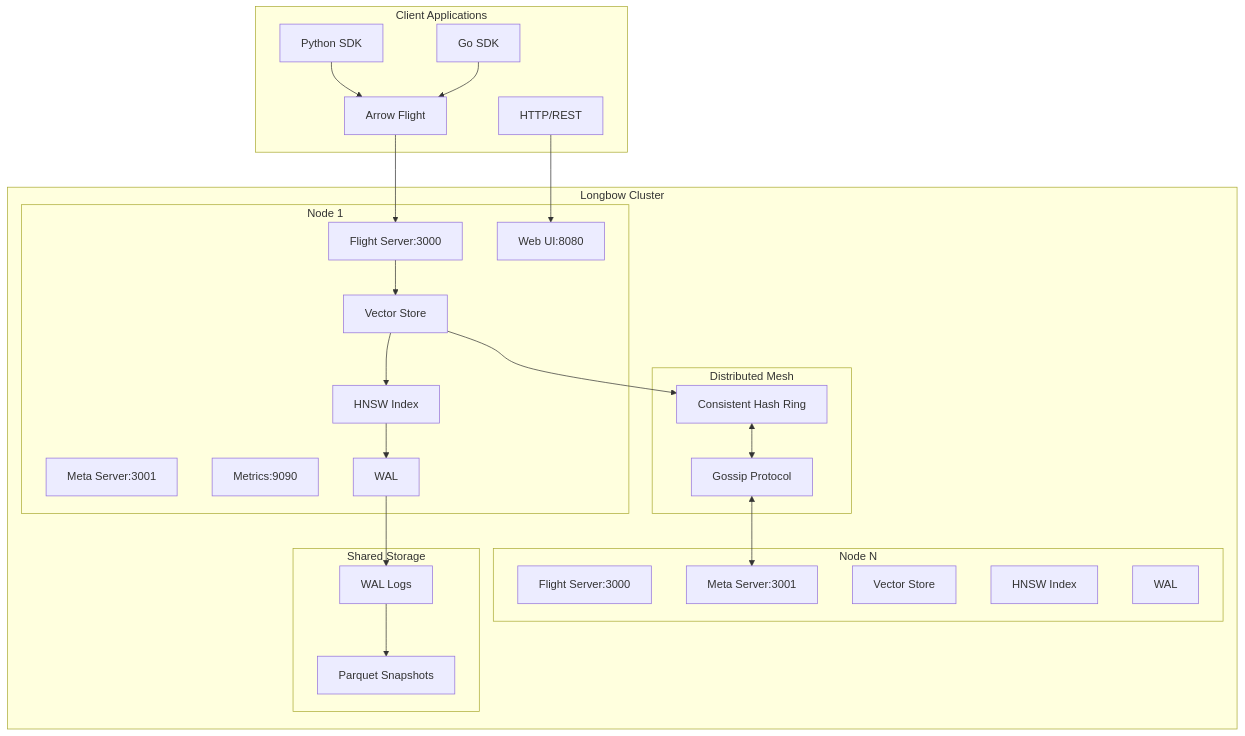
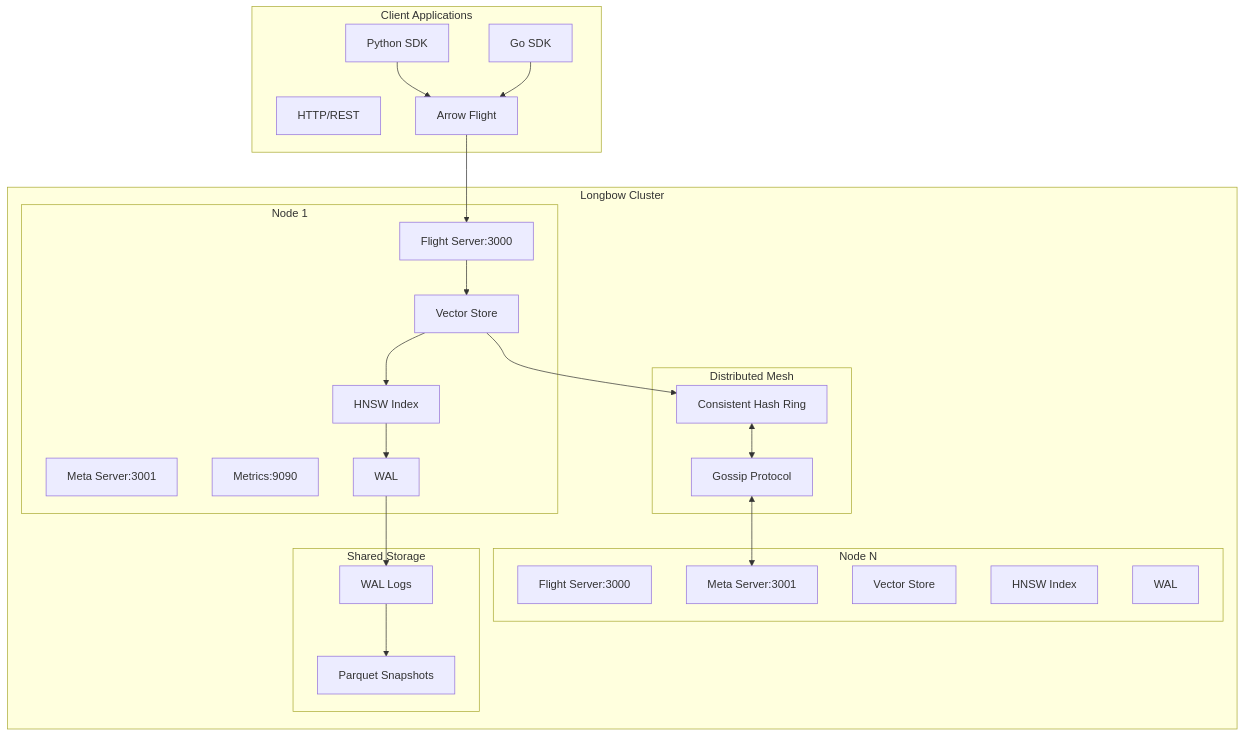
One commit to 23skdu/longbow changed the first of 8 diagrams in docs/architecture.md. Above: the diagram before and after it, drawn with Mermaid. The commit also changed 34 other files, not shown here.

````diff
--- a/docs/architecture.md
+++ b/docs/architecture.md
@@ -9,52 +9,50 @@
 ```mermaid
 graph TB
     subgraph Client["Client Applications"]
         Python["Python SDK"]
         Go["Go SDK"]
         HTTP["HTTP/REST"]
         Flight["Arrow Flight"]
     end
 
     subgraph Longbow["Longbow Cluster"]
         subgraph Node1["Node 1"]
             FlightSrv["Flight Server:3000"]
             MetaSrv["Meta Server:3001"]
-            WebUI["Web UI:8080"]
             Metrics["Metrics:9090"]
             VectorStore1["Vector Store"]
             HNSW1["HNSW Index"]
             WAL1["WAL"]
         end
 
         subgraph NodeN["Node N"]
             FlightSrvN["Flight Server:3000"]
             MetaSrvN["Meta Server:3001"]
             VectorStoreN["Vector Store"]
             HNSW_N["HNSW Index"]
             WALN["WAL"]
         end
 
         subgraph Mesh["Distributed Mesh"]
             Gossip["Gossip Protocol"]
             Ring["Consistent Hash Ring"]
         end
 
         subgraph Storage["Shared Storage"]
             Snapshots["Parquet Snapshots"]
             WALLog["WAL Logs"]
         end
     end
 
     Python --> Flight
     Go --> Flight
-    HTTP --> WebUI
     Flight --> FlightSrv
     FlightSrv --> VectorStore1
     VectorStore1 --> HNSW1
     HNSW1 --> WAL1
     VectorStore1 --> Ring
     Ring <--> Gossip
     Gossip <--> MetaSrvN
     WAL1 --> WALLog
     WALLog --> Snapshots
 ```
````
